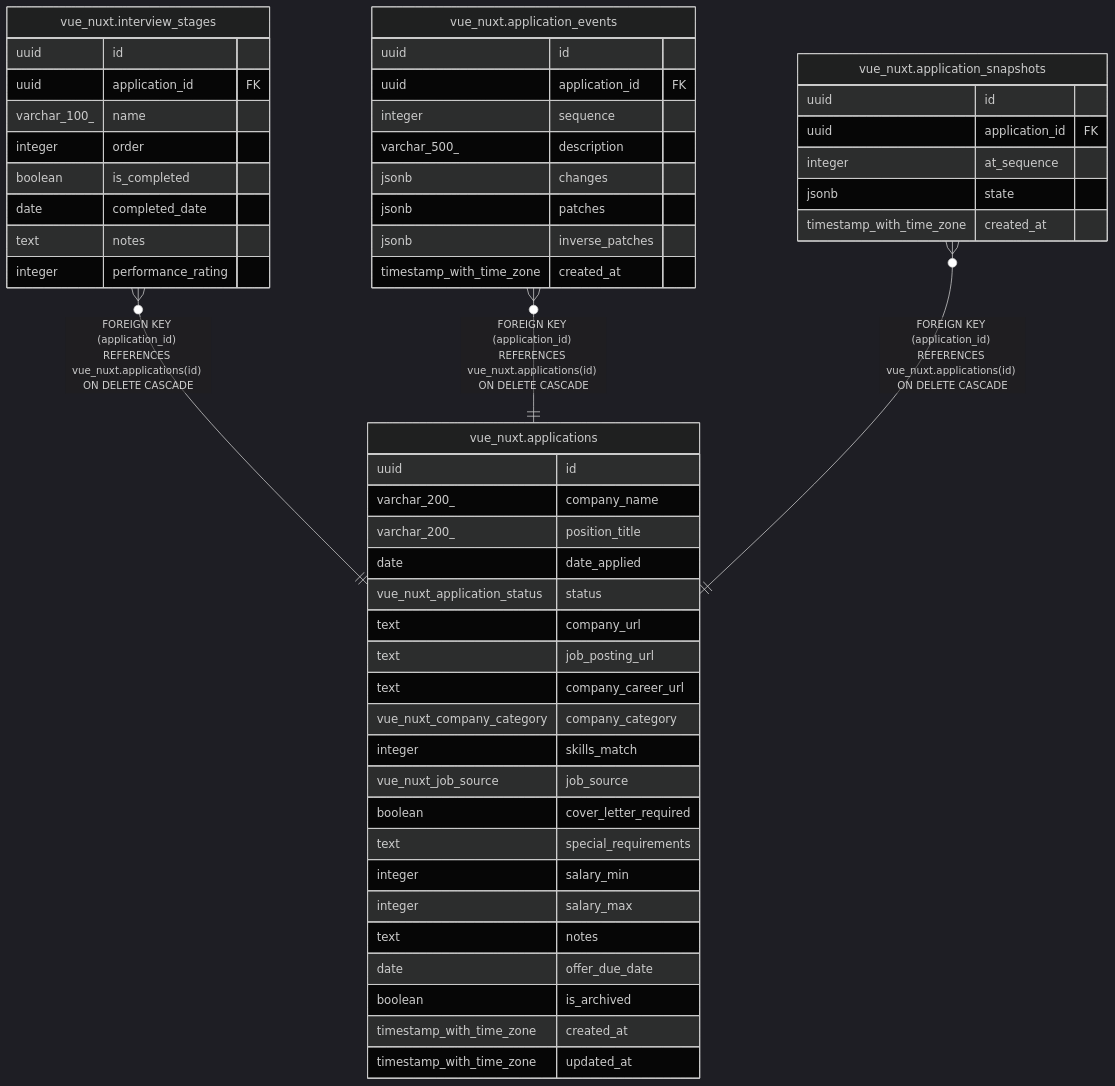
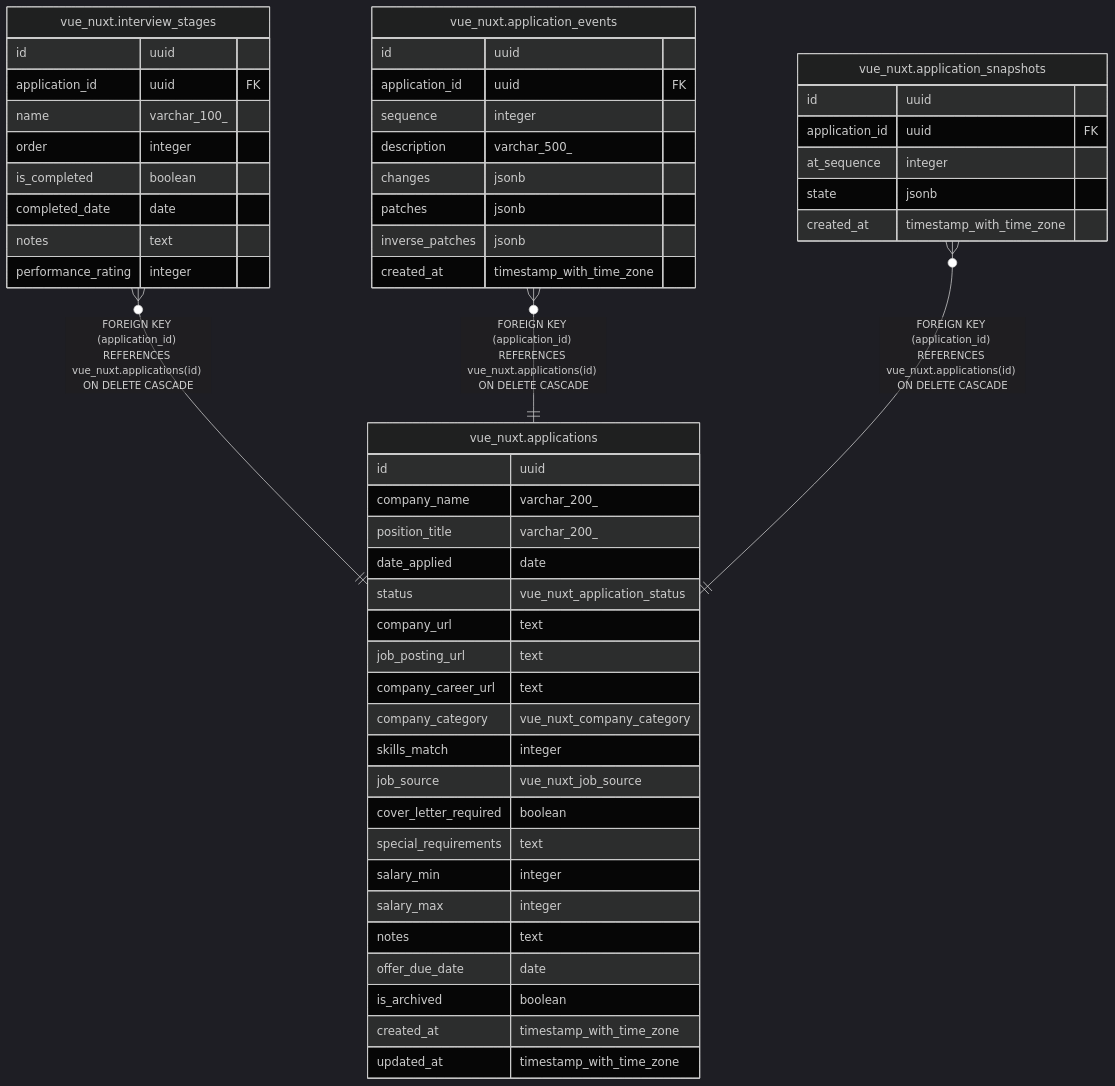
One commit to WhatIfWeDigDeeper/application-tracker changed the diagram in docs/schema/vue-nuxt/README.md. Above: the diagram before and after it, drawn with Mermaid (dark theme). The commit also changed 14 other files, not shown here.

First line of the commit message:
fix: swap column order in ERD diagrams to show name before type

````diff
--- a/docs/schema/vue-nuxt/README.md
+++ b/docs/schema/vue-nuxt/README.md
@@ -31,57 +31,57 @@
 ```mermaid
 erDiagram
 
 "vue_nuxt.interview_stages" }o--|| "vue_nuxt.applications" : "FOREIGN KEY (application_id) REFERENCES vue_nuxt.applications(id) ON DELETE CASCADE"
 "vue_nuxt.application_events" }o--|| "vue_nuxt.applications" : "FOREIGN KEY (application_id) REFERENCES vue_nuxt.applications(id) ON DELETE CASCADE"
 "vue_nuxt.application_snapshots" }o--|| "vue_nuxt.applications" : "FOREIGN KEY (application_id) REFERENCES vue_nuxt.applications(id) ON DELETE CASCADE"
 
 "vue_nuxt.applications" {
-  uuid id
-  varchar_200_ company_name
-  varchar_200_ position_title
-  date date_applied
-  vue_nuxt_application_status status
-  text company_url
-  text job_posting_url
-  text company_career_url
-  vue_nuxt_company_category company_category
-  integer skills_match
-  vue_nuxt_job_source job_source
-  boolean cover_letter_required
-  text special_requirements
-  integer salary_min
-  integer salary_max
-  text notes
-  date offer_due_date
-  boolean is_archived
-  timestamp_with_time_zone created_at
-  timestamp_with_time_zone updated_at
+  id uuid
+  company_name varchar_200_
+  position_title varchar_200_
+  date_applied date
+  status vue_nuxt_application_status
+  company_url text
+  job_posting_url text
+  company_career_url text
+  company_category vue_nuxt_company_category
+  skills_match integer
+  job_source vue_nuxt_job_source
+  cover_letter_required boolean
+  special_requirements text
+  salary_min integer
+  salary_max integer
+  notes text
+  offer_due_date date
+  is_archived boolean
+  created_at timestamp_with_time_zone
+  updated_at timestamp_with_time_zone
 }
 "vue_nuxt.interview_stages" {
-  uuid id
-  uuid application_id FK
-  varchar_100_ name
-  integer order
-  boolean is_completed
-  date completed_date
-  text notes
-  integer performance_rating
+  id uuid
+  application_id uuid FK
+  name varchar_100_
+  order integer
+  is_completed boolean
+  completed_date date
+  notes text
+  performance_rating integer
 }
 "vue_nuxt.application_events" {
-  uuid id
-  uuid application_id FK
-  integer sequence
-  varchar_500_ description
-  jsonb changes
-  jsonb patches
-  jsonb inverse_patches
-  timestamp_with_time_zone created_at
+  id uuid
+  application_id uuid FK
+  sequence integer
+  description varchar_500_
+  changes jsonb
+  patches jsonb
+  inverse_patches jsonb
+  created_at timestamp_with_time_zone
 }
 "vue_nuxt.application_snapshots" {
-  uuid id
-  uuid application_id FK
-  integer at_sequence
-  jsonb state
-  timestamp_with_time_zone created_at
+  id uuid
+  application_id uuid FK
+  at_sequence integer
+  state jsonb
+  created_at timestamp_with_time_zone
 }
 ```
````
